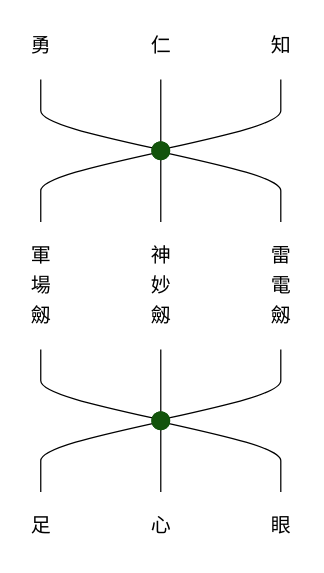
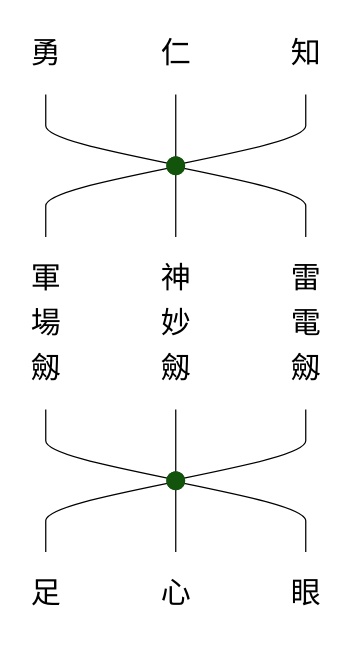
Before and after one commit to rickardvh/budo-notes: the diagram in iaido/msjr/iai-heiho-gokui-no-maki.md, drawn with Mermaid (forest theme).

````diff
--- a/iaido/msjr/iai-heiho-gokui-no-maki.md
+++ b/iaido/msjr/iai-heiho-gokui-no-maki.md
@@ -95,41 +95,41 @@
 ```mermaid
 ---
 config:
   flowchart:
     curve: monotoneY
 ---
 
 graph TD
     A(勇):::label; B(仁):::label; C(知):::label
     NT@{ shape: f-circ }
     D(
         軍
         場
         劔
     ):::label; E(
         神
         妙
         劔
     ):::label; F(
         雷
         電
         劔
     ):::label
     NB@{ shape: f-circ }
     G(足):::label; H(心):::label; I(眼):::label
 
     A --- NT
     B --- NT
     C --- NT
     NT --- D
     NT --- E
     NT --- F
     D --- NB
     E --- NB
     F --- NB
     NB --- G
     NB --- H
     NB --- I
 
-classDef label fill:#0000,stroke-width:0;
+classDef label fill:#0000,stroke-width:0,font-size:24px;
 ```
````
